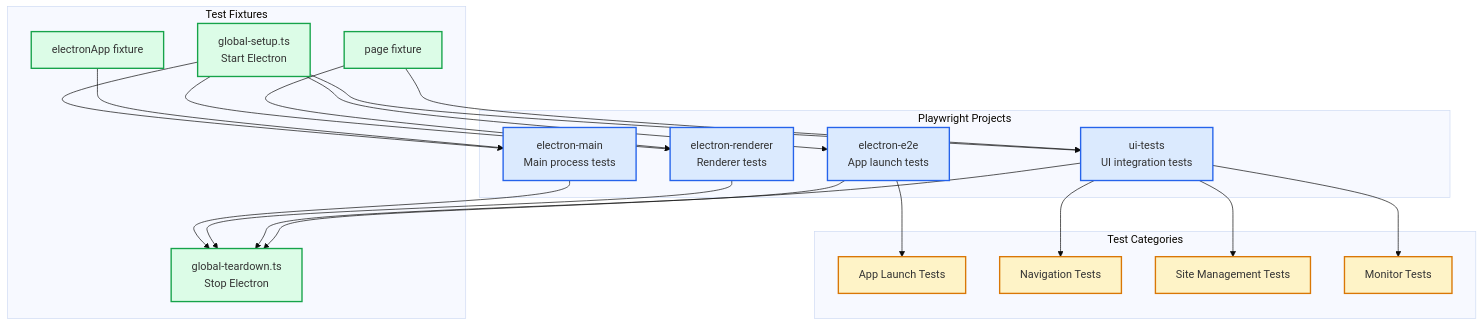
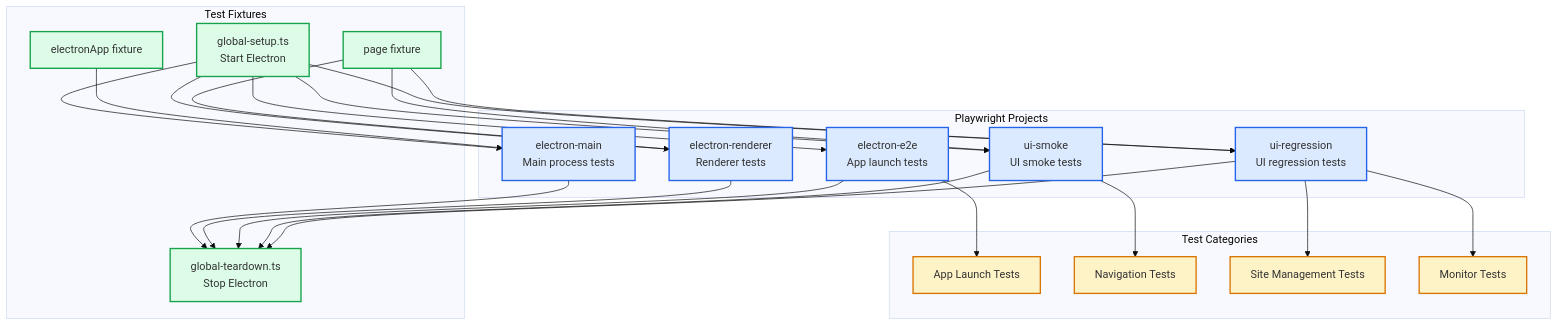
Before and after one commit to Nick2bad4u/Uptime-Watcher: the fourth of 4 diagrams in docs/Architecture/ADRs/ADR_010_TESTING_STRATEGY.md, drawn with Mermaid (base theme). The commit also changed other lines of this file and 32 other files, not shown here.

````diff
--- a/docs/Architecture/ADRs/ADR_010_TESTING_STRATEGY.md
+++ b/docs/Architecture/ADRs/ADR_010_TESTING_STRATEGY.md
@@ -540,50 +516,54 @@
 ```mermaid
 flowchart TB
     subgraph "Playwright Projects"
         Main["electron-main<br/>Main process tests"]
         Renderer["electron-renderer<br/>Renderer tests"]
         E2E["electron-e2e<br/>App launch tests"]
-        UI["ui-tests<br/>UI integration tests"]
+        Smoke["ui-smoke<br/>UI smoke tests"]
+        Regression["ui-regression<br/>UI regression tests"]
     end
 
     subgraph "Test Fixtures"
         GlobalSetup["global-setup.ts<br/>Start Electron"]
         GlobalTeardown["global-teardown.ts<br/>Stop Electron"]
         ElectronApp["electronApp fixture"]
         Page["page fixture"]
     end
 
     subgraph "Test Categories"
         AppLaunch["App Launch Tests"]
         Navigation["Navigation Tests"]
         SiteManagement["Site Management Tests"]
         MonitorTests["Monitor Tests"]
     end
 
     GlobalSetup --> Main
     GlobalSetup --> Renderer
     GlobalSetup --> E2E
-    GlobalSetup --> UI
+    GlobalSetup --> Smoke
+    GlobalSetup --> Regression
 
     Main --> GlobalTeardown
     Renderer --> GlobalTeardown
     E2E --> GlobalTeardown
-    UI --> GlobalTeardown
+    Smoke --> GlobalTeardown
+    Regression --> GlobalTeardown
 
     ElectronApp --> Main
     Page --> Renderer
-    Page --> UI
+    Page --> Smoke
+    Page --> Regression
 
     E2E --> AppLaunch
-    UI --> Navigation
-    UI --> SiteManagement
-    UI --> MonitorTests
+    Smoke --> Navigation
+    Regression --> SiteManagement
+    Regression --> MonitorTests
 
     classDef project fill:#dbeafe,stroke:#2563eb,stroke-width:2px
     classDef fixture fill:#dcfce7,stroke:#16a34a,stroke-width:2px
     classDef category fill:#fef3c7,stroke:#d97706,stroke-width:2px
 
-    class Main,Renderer,E2E,UI project
+    class Main,Renderer,E2E,Smoke,Regression project
     class GlobalSetup,GlobalTeardown,ElectronApp,Page fixture
     class AppLaunch,Navigation,SiteManagement,MonitorTests category
 ```
````
